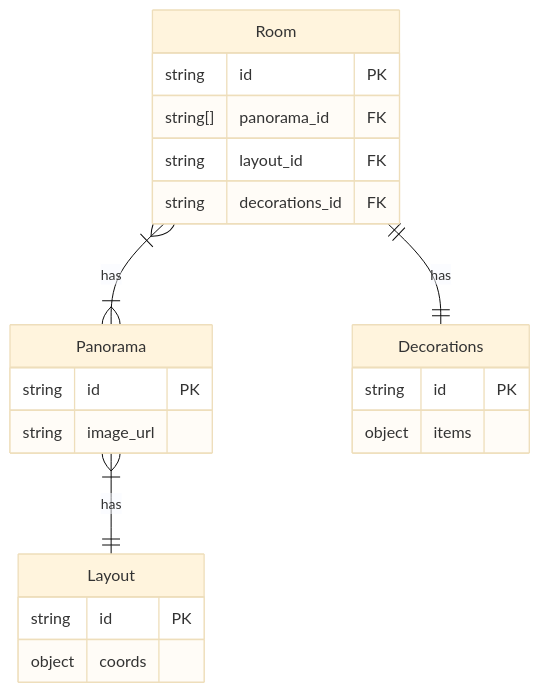
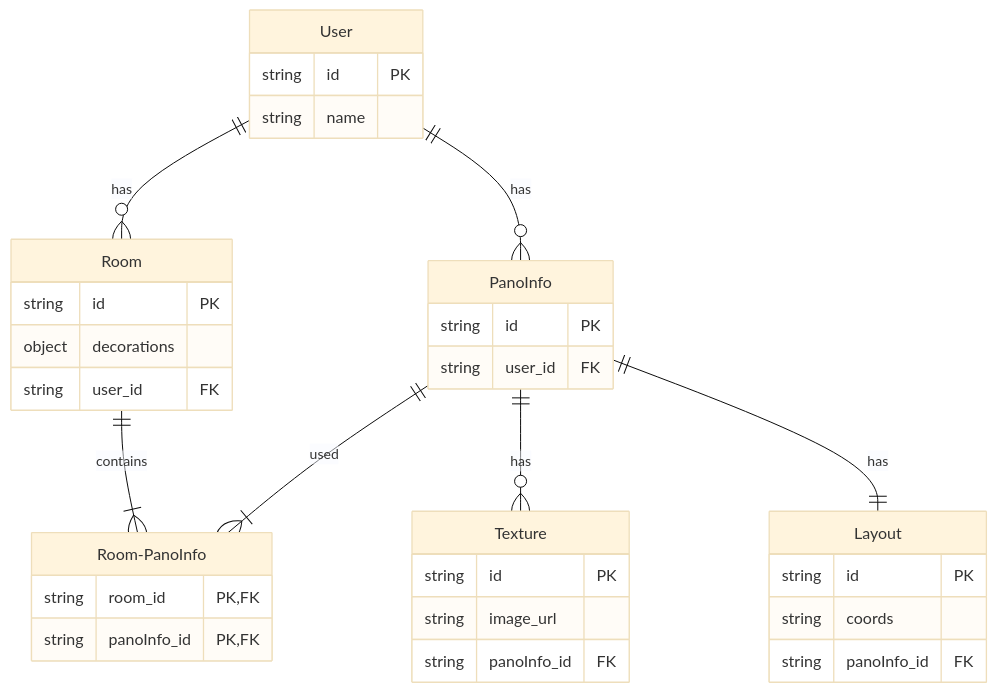
One commit to yushiang-demo/pano-to-mesh-server changed the diagram in README.md. Above: the diagram before and after it, drawn with Mermaid (base theme). The commit also changed other lines of this file, not shown here.

Commit message:
feature: update db schema ERD.

````diff
--- a/README.md
+++ b/README.md
@@ -5,25 +5,39 @@
 ```mermaid
 erDiagram
-
     Room {
         string id PK
-        string[] panorama_id FK
-        string layout_id FK
-        string decorations_id FK
+        object decorations
+        string user_id FK
     }
-    Room }|--|{ Panorama : has
-    Panorama {
+    PanoInfo{
+        string id PK
+        string user_id FK
+    }
+    Texture {
         string id PK
         string image_url
+        string panoInfo_id FK
     }
-    Panorama }|--|| Layout : has
     Layout {
         string id PK
-        object coords
+        string coords
+        string panoInfo_id FK
     }
-    Room ||--|| Decorations : has
-    Decorations {
+
+    Room-PanoInfo {
+        string room_id PK, FK
+        string panoInfo_id PK, FK
+    }
+
+    User {
         string id PK
-        object items
+        string name
     }
+    
+    PanoInfo ||--|{ Room-PanoInfo : used
+    Room ||--|{ Room-PanoInfo : contains
+    PanoInfo ||--o{ Texture: has
+    PanoInfo ||--|| Layout: has
+    User ||--o{ Room: has
+    User ||--o{ PanoInfo: has
 ```
````
